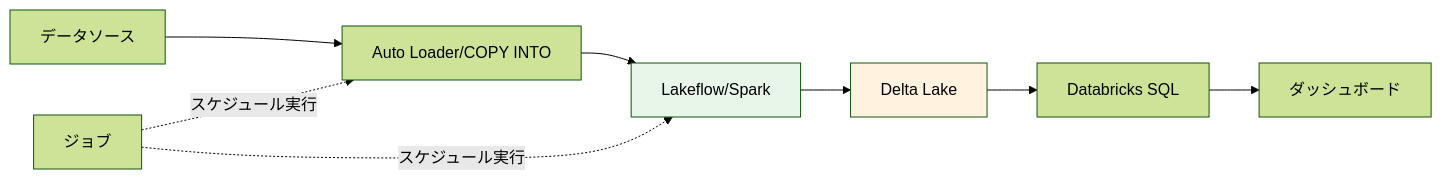
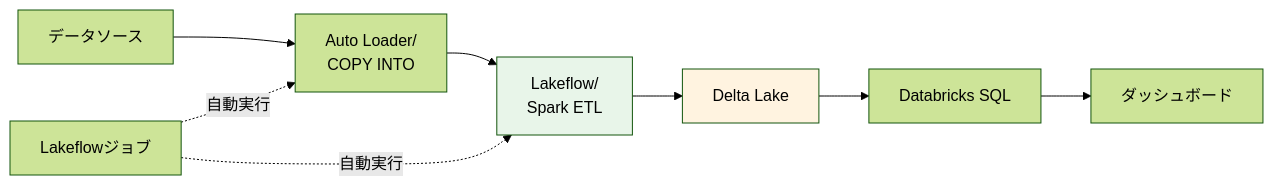
The sixth of 14 diagrams in public/databricks-beginner-learning-path.md (taka-yayoi/qiita-articles), drawn with Mermaid (forest theme) before and after one commit. The commit also changed other lines of this file, not shown here.

First line of the commit message:
学習ガイドを全面再構成：最新記事を厳選し、意味のある図のみに整理

````diff
--- a/public/databricks-beginner-learning-path.md
+++ b/public/databricks-beginner-learning-path.md
@@ -337,14 +331,14 @@
 ```mermaid
 graph LR
-    A[データソース] --> B[Auto Loader/COPY INTO]
-    B --> C[Lakeflow/Spark]
+    A[データソース] --> B[Auto Loader/<br/>COPY INTO]
+    B --> C[Lakeflow/<br/>Spark ETL]
     C --> D[Delta Lake]
     D --> E[Databricks SQL]
     E --> F[ダッシュボード]
 
-    G[ジョブ] -.スケジュール実行.-> B
-    G -.スケジュール実行.-> C
+    G[Lakeflowジョブ] -.自動実行.-> B
+    G -.自動実行.-> C
 
     style C fill:#e8f5e9
     style D fill:#fff3e0
 ```
````
